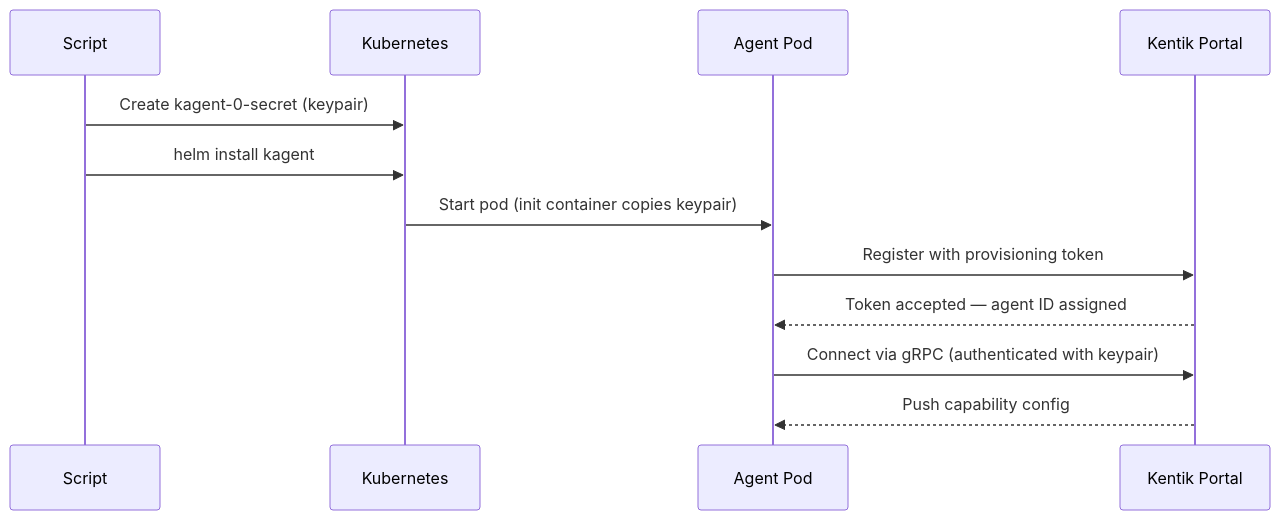
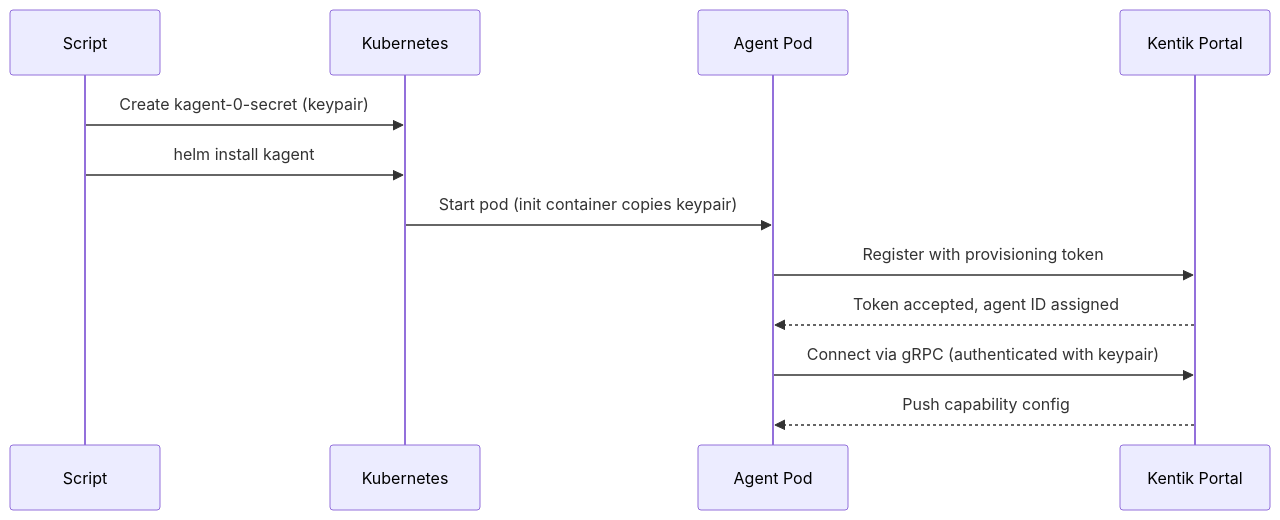
Before and after one commit to alexdearaujo/kagent-k8s-deployment: the third of 5 diagrams in README.md, drawn with Mermaid. The commit also changed other lines of this file and 1 other file, not shown here.

````diff
--- a/README.md
+++ b/README.md
@@ -349,15 +385,15 @@
 ```mermaid
 sequenceDiagram
     participant S as Script
     participant K8s as Kubernetes
     participant A as Agent Pod
     participant P as Kentik Portal
 
     S->>K8s: Create kagent-0-secret (keypair)
     S->>K8s: helm install kagent
     K8s->>A: Start pod (init container copies keypair)
     A->>P: Register with provisioning token
-    P-->>A: Token accepted — agent ID assigned
+    P-->>A: Token accepted, agent ID assigned
     A->>P: Connect via gRPC (authenticated with keypair)
     P-->>A: Push capability config
 ```
````
